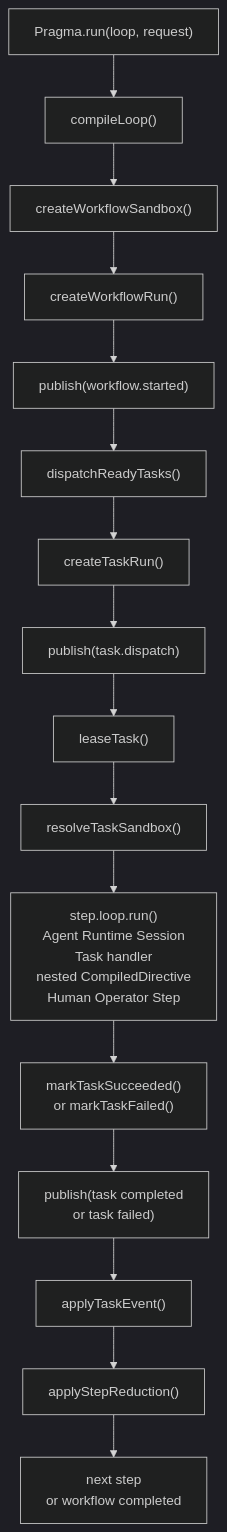
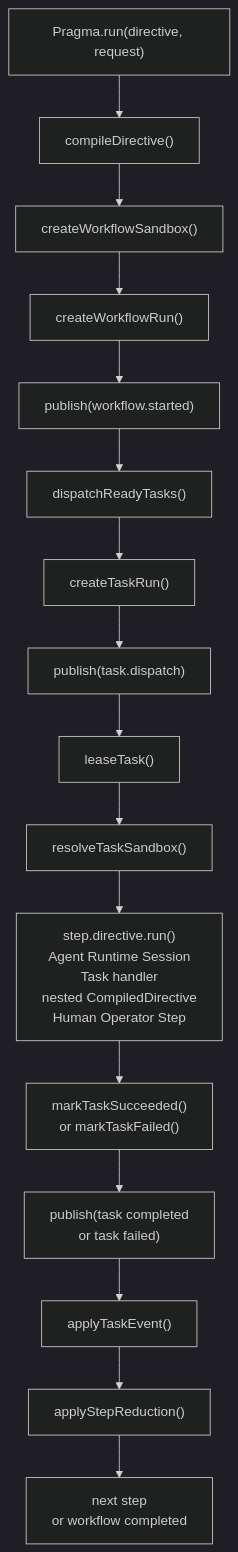
Diagram 11 of 18 in docs/architecture/agent-core-architecture.md (pqpo/pragma), drawn with Mermaid (dark theme) before and after one commit. The commit also changed other lines of this file and 58 other files, not shown here.

````diff
--- a/docs/architecture/agent-core-architecture.md
+++ b/docs/architecture/agent-core-architecture.md
@@ -294,23 +294,23 @@
 ```mermaid
 flowchart TB
-  run["Pragma.run(loop, request)"]
-  compile["compileLoop()"]
+  run["Pragma.run(directive, request)"]
+  compile["compileDirective()"]
   createSandbox["createWorkflowSandbox()"]
   createWorkflow["createWorkflowRun()"]
   workflowStarted["publish(workflow.started)"]
   dispatch["dispatchReadyTasks()"]
   createTask["createTaskRun()"]
   taskDispatch["publish(task.dispatch)"]
   lease["leaseTask()"]
   resolveSandbox["resolveTaskSandbox()"]
-  stepRun["step.loop.run()<br/>Agent Runtime Session<br/>Task handler<br/>nested CompiledDirective<br/>Human Operator Step"]
+  stepRun["step.directive.run()<br/>Agent Runtime Session<br/>Task handler<br/>nested CompiledDirective<br/>Human Operator Step"]
   taskResult["markTaskSucceeded()<br/>or markTaskFailed()"]
   taskEvent["publish(task completed<br/>or task failed)"]
   applyTaskEvent["applyTaskEvent()"]
   reduce["applyStepReduction()"]
   next["next step<br/>or workflow completed"]
 
   run --> compile --> createSandbox --> createWorkflow --> workflowStarted --> dispatch
   dispatch --> createTask --> taskDispatch --> lease --> resolveSandbox --> stepRun
   stepRun --> taskResult --> taskEvent --> applyTaskEvent --> reduce --> next
 ```
````
